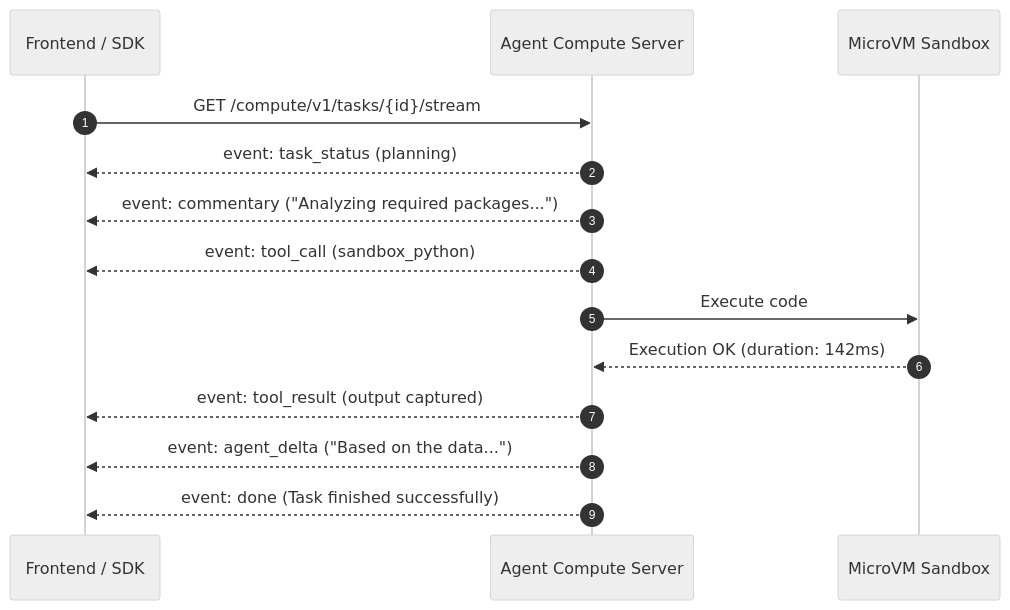
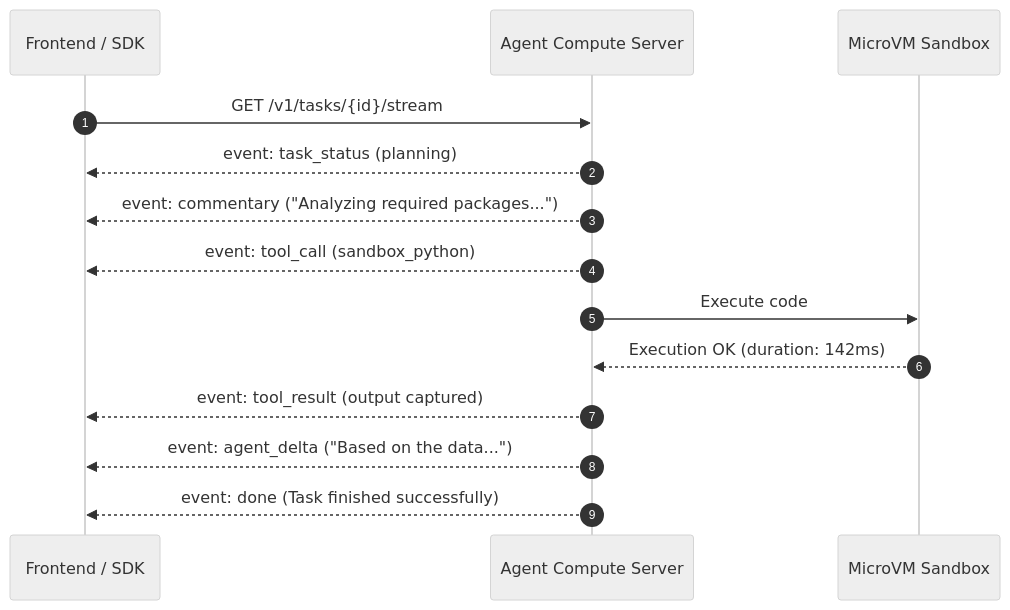
The second of 2 diagrams in compute/autonomous-agents.md (fotohubapp/docs), drawn with Mermaid (neutral theme) before and after one commit. The commit also changed other lines of this file and 91 other files, not shown here.

````diff
--- a/compute/autonomous-agents.md
+++ b/compute/autonomous-agents.md
@@ -272,17 +284,17 @@
 ```mermaid
 sequenceDiagram
     autonumber
     participant Client as Frontend / SDK
     participant Engine as Agent Compute Server
     participant Sandbox as MicroVM Sandbox
 
-    Client->>Engine: GET /compute/v1/tasks/{id}/stream
+    Client->>Engine: GET /v1/tasks/{id}/stream
     Engine-->>Client: event: task_status (planning)
     Engine-->>Client: event: commentary ("Analyzing required packages...")
     Engine-->>Client: event: tool_call (sandbox_python)
     Engine->>Sandbox: Execute code
     Sandbox-->>Engine: Execution OK (duration: 142ms)
     Engine-->>Client: event: tool_result (output captured)
     Engine-->>Client: event: agent_delta ("Based on the data...")
     Engine-->>Client: event: done (Task finished successfully)
 ```
````
